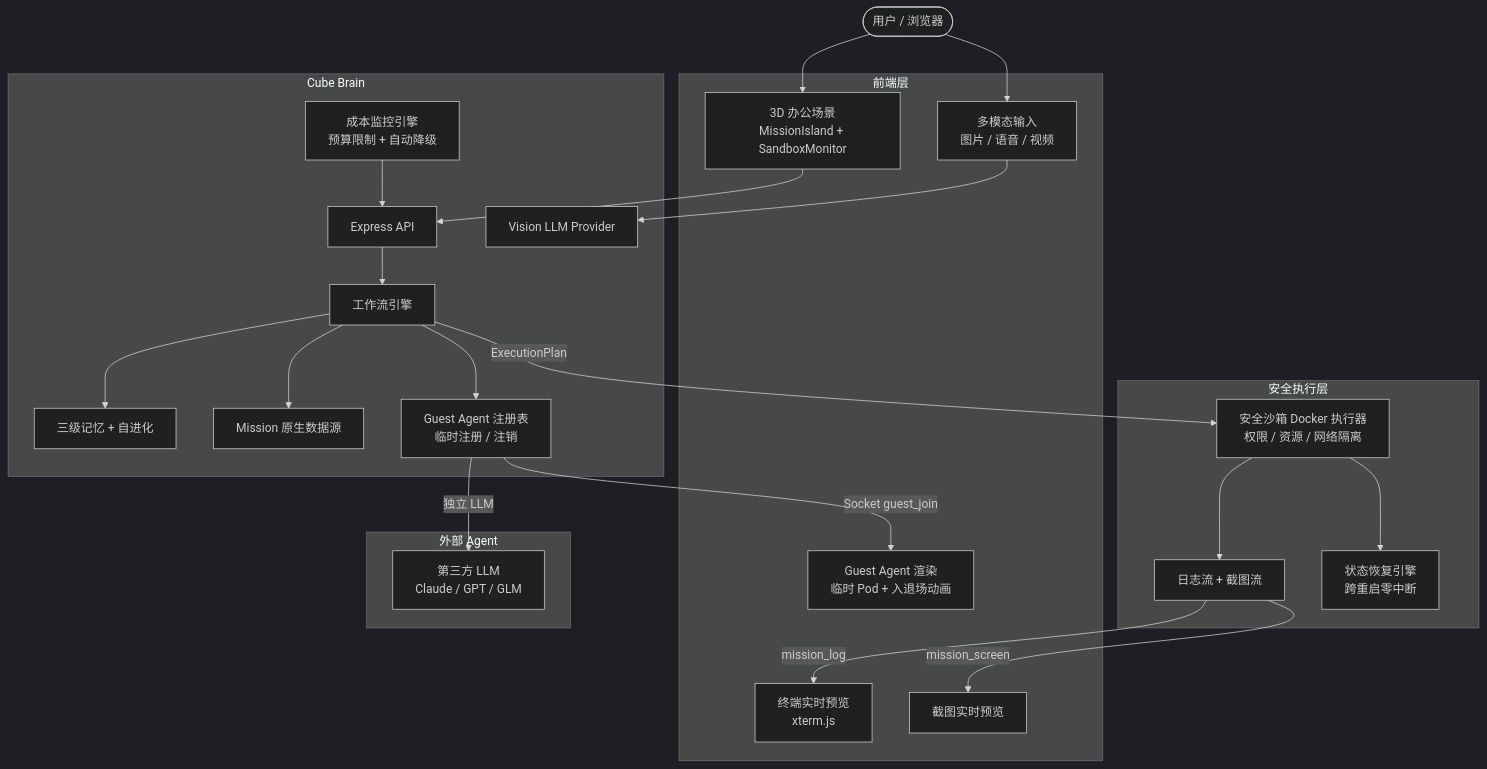
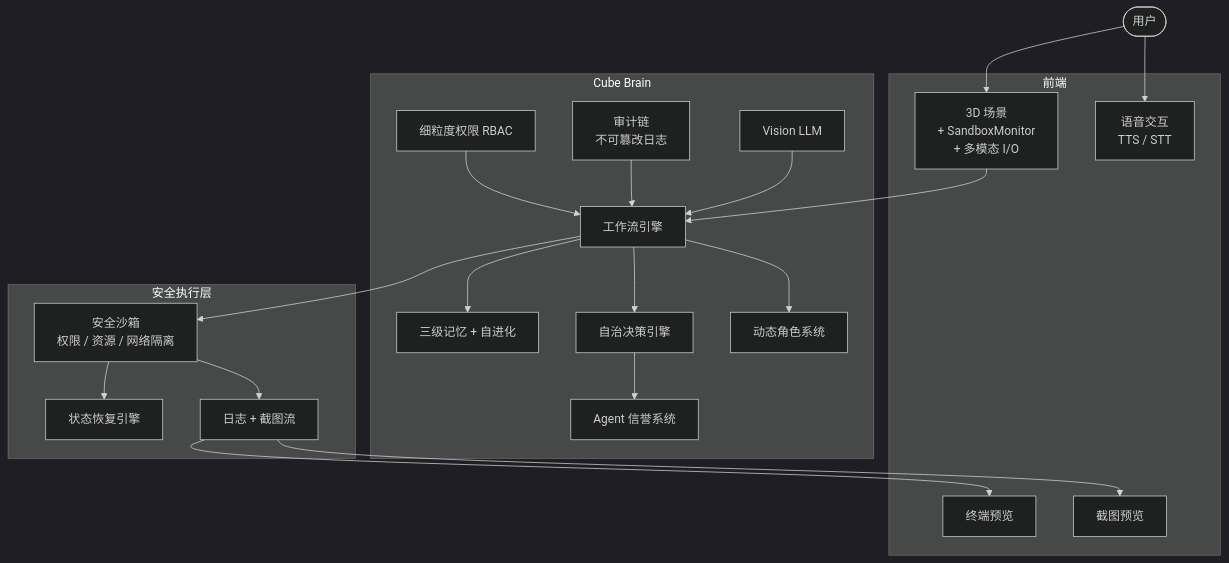
One commit to xiaojilele-glitch/cube-pets-office changed the fourth of 6 diagrams in .kiro/steering/spec-execution-roadmap.md. Above: the diagram before and after it, drawn with Mermaid (dark theme). The commit also changed other lines of this file, not shown here.

Commit message:
docs: rewrite spec execution roadmap with 46 specs, 8-phase plan, and Mermaid architecture evolution diagrams

````diff
--- a/.kiro/steering/spec-execution-roadmap.md
+++ b/.kiro/steering/spec-execution-roadmap.md
@@ -291,48 +361,39 @@
 ```mermaid
 flowchart TB
-  User([用户 / 浏览器])
+  User([用户])
 
-  subgraph Client["前端层"]
-    Scene3D["3D 办公场景<br/>MissionIsland + SandboxMonitor"]
-    Vision["多模态输入<br/>图片 / 语音 / 视频"]
-    GuestUI["Guest Agent 渲染<br/>临时 Pod + 入退场动画"]
-    Terminal["终端实时预览<br/>xterm.js"]
-    Screenshot["截图实时预览"]
+  subgraph Client["前端"]
+    Scene3D["3D 场景<br/>+ SandboxMonitor<br/>+ 多模态 I/O"]
+    Terminal["终端预览"]
+    Screenshot["截图预览"]
+    Voice["语音交互<br/>TTS / STT"]
   end
 
   subgraph Brain["Cube Brain"]
-    API["Express API"]
     Engine["工作流引擎"]
     Memory["三级记忆 + 自进化"]
-    MissionNative["Mission 原生数据源"]
-    GuestReg["Guest Agent 注册表<br/>临时注册 / 注销"]
-    CostEngine["成本监控引擎<br/>预算限制 + 自动降级"]
-    VisionLLM["Vision LLM Provider"]
+    Autonomy["自治决策引擎"]
+    DynRole["动态角色系统"]
+    Reputation["Agent 信誉系统"]
+    Perms["细粒度权限 RBAC"]
+    Audit["审计链<br/>不可篡改日志"]
+    Vision["Vision LLM"]
   end
 
-  subgraph Executor["安全执行层"]
-    Sandbox["安全沙箱 Docker 执行器<br/>权限 / 资源 / 网络隔离"]
-    LogStream["日志流 + 截图流"]
-    Recovery["状态恢复引擎<br/>跨重启零中断"]
+  subgraph Exec["安全执行层"]
+    Sandbox["安全沙箱<br/>权限 / 资源 / 网络隔离"]
+    Recovery["状态恢复引擎"]
+    LogStream["日志 + 截图流"]
   end
 
-  subgraph External["外部 Agent"]
-    ExtLLM["第三方 LLM<br/>Claude / GPT / GLM"]
-  end
-
-  User --> Scene3D
-  User --> Vision
-  Vision --> VisionLLM
-  Scene3D --> API
-  API --> Engine --> Memory
-  Engine --> MissionNative
-  Engine --> GuestReg
-  GuestReg -->|独立 LLM| ExtLLM
-  GuestReg -->|Socket guest_join| GuestUI
-  Engine -->|ExecutionPlan| Sandbox
-  Sandbox --> LogStream
-  LogStream -->|mission_log| Terminal
-  LogStream -->|mission_screen| Screenshot
+  User --> Scene3D & Voice
+  Scene3D --> Engine
+  Engine --> Memory & Autonomy & DynRole
+  Autonomy --> Reputation
+  Perms --> Engine
+  Audit --> Engine
+  Vision --> Engine
+  Engine --> Sandbox
+  Sandbox --> LogStream --> Terminal & Screenshot
   Sandbox --> Recovery
-  CostEngine --> API
 ```
````
